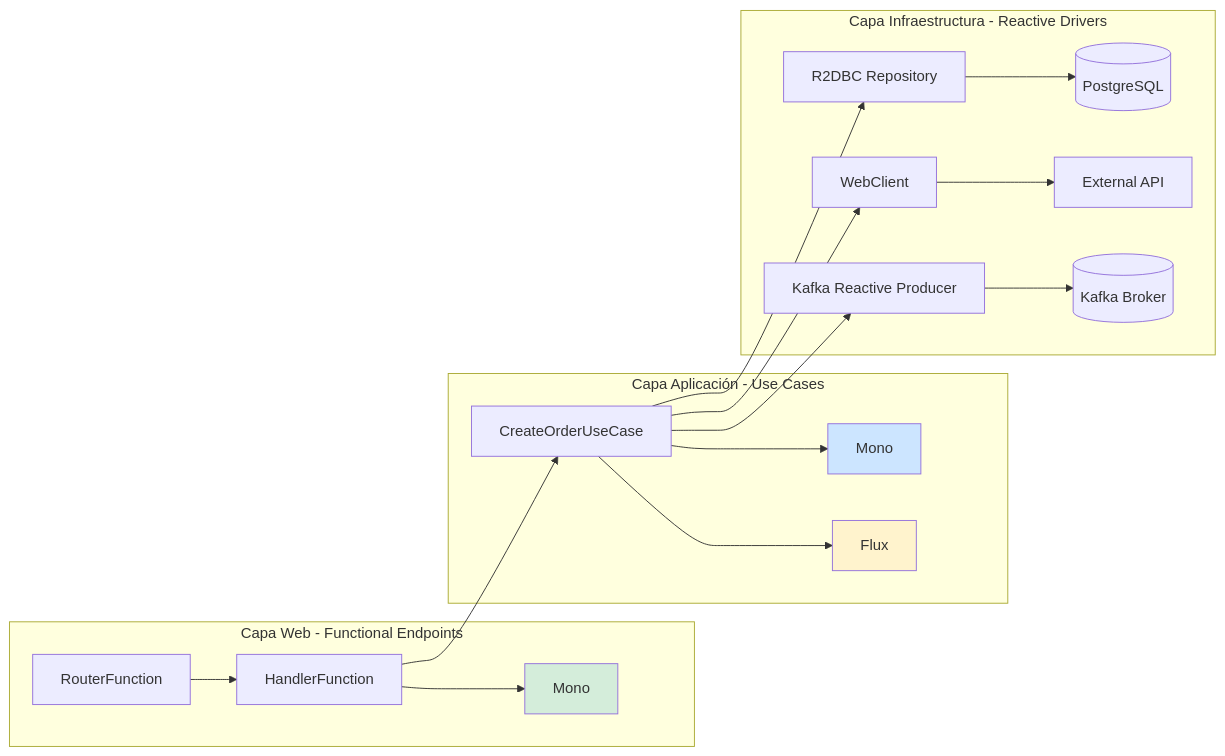
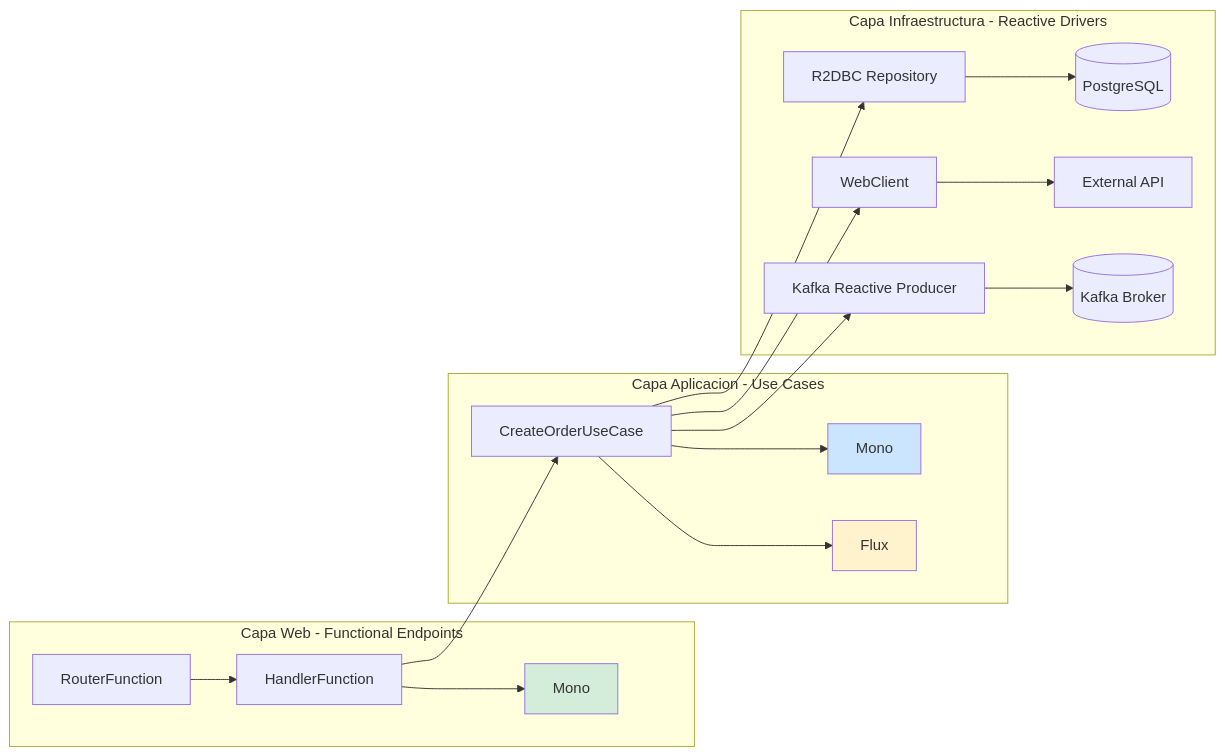
Before and after one commit to Joaquinriosheredia/DAM-Java-Mastery: the second of 5 diagrams in 02_Arquitectura/arquitectura_de_microservicios_reactivos_con_spring_boot_3.3_y_r2dbc_STAFF.md, drawn with Mermaid. The commit also changed other lines of this file, not shown here.

````diff
--- a/02_Arquitectura/arquitectura_de_microservicios_reactivos_con_spring_boot_3.3_y_r2dbc_STAFF.md
+++ b/02_Arquitectura/arquitectura_de_microservicios_reactivos_con_spring_boot_3.3_y_r2dbc_STAFF.md
@@ -136,27 +174,27 @@
 ```mermaid
 graph LR
     subgraph "Capa Web - Functional Endpoints"
         ROUTER[RouterFunction] --> HANDLER[HandlerFunction]
         HANDLER --> MONO_RESP[Mono<ServerResponse>]
     end
     
-    subgraph "Capa Aplicación - Use Cases"
+    subgraph "Capa Aplicacion - Use Cases"
         USECASE[CreateOrderUseCase] --> MONO_ID[Mono<OrderId>]
         USECASE --> FLUX_EVENTS[Flux<OrderEvent>]
     end
     
     subgraph "Capa Infraestructura - Reactive Drivers"
         R2DBC[R2DBC Repository] --> DB[(PostgreSQL)]
         WEBCLIENT[WebClient] --> EXT[External API]
         KAFKA[Kafka Reactive Producer] --> BROKER[(Kafka Broker)]
     end
     
     HANDLER --> USECASE
     USECASE --> R2DBC
     USECASE --> WEBCLIENT
     USECASE --> KAFKA
     
     style MONO_RESP fill:#d4edda
     style MONO_ID fill:#cce5ff
     style FLUX_EVENTS fill:#fff3cd
 ```
````
